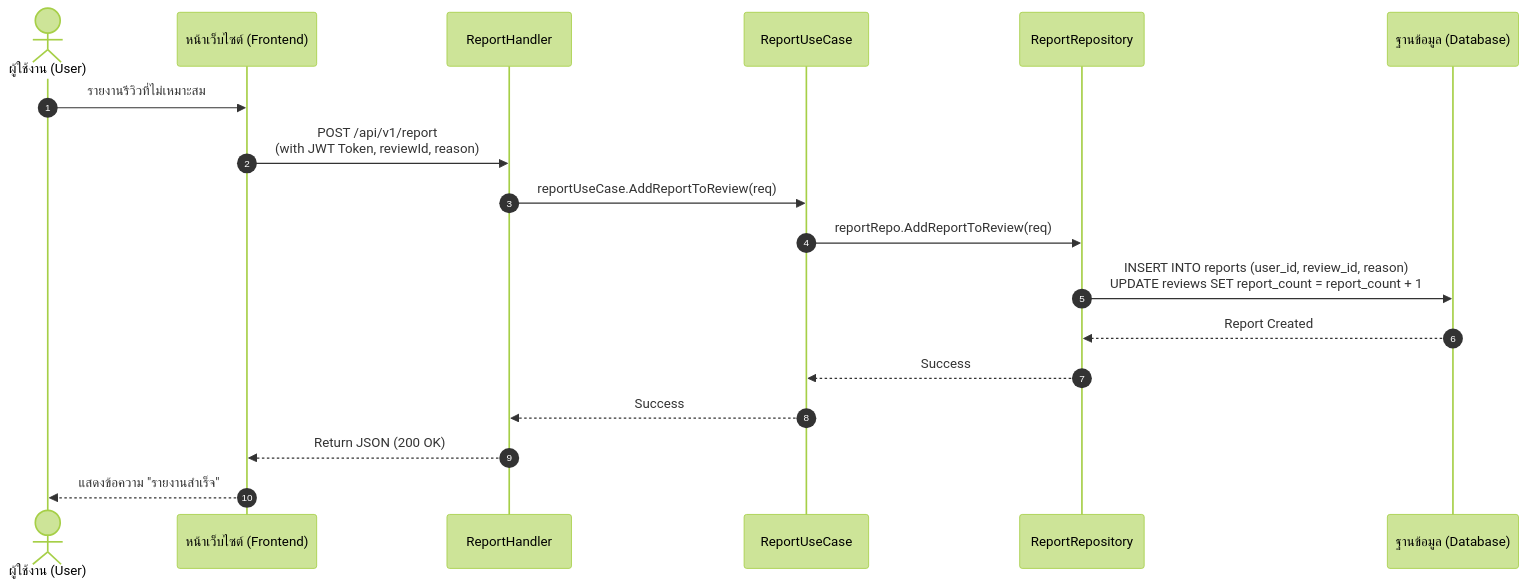
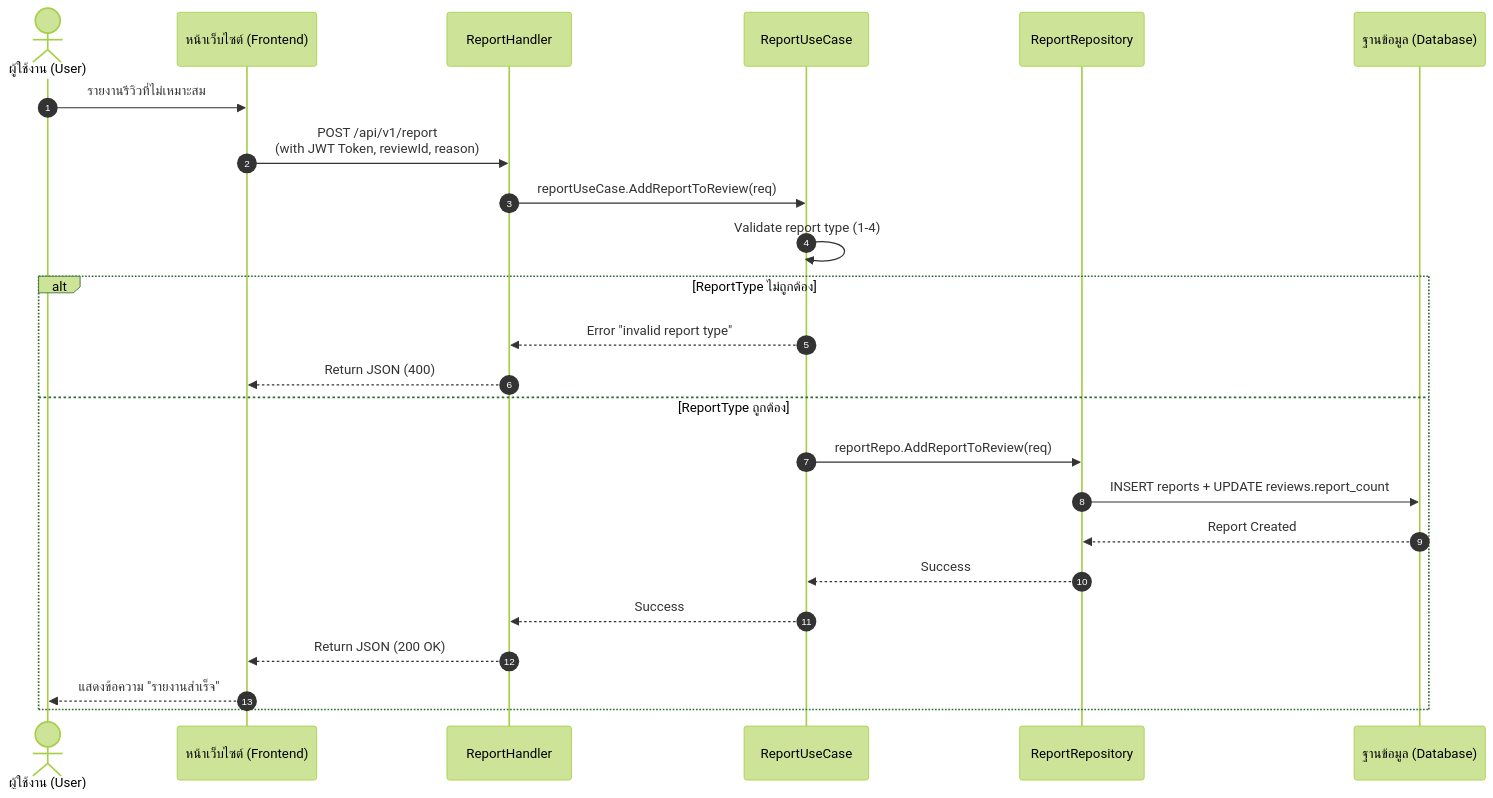
One commit to B1gdawg0/real_course_review_backend changed diagram 11 of 12 in diagrams/sq/sequence-diagram.md. Above: the diagram before and after it, drawn with Mermaid (forest theme). The commit also changed other lines of this file and 2 other files, not shown here.

Commit message:
update: enhance class and sequence diagrams with additional attributes and flow details

````diff
--- a/diagrams/sq/sequence-diagram.md
+++ b/diagrams/sq/sequence-diagram.md
@@ -328,21 +338,27 @@
 ```mermaid
 sequenceDiagram
 autonumber
 actor User as ผู้ใช้งาน (User)
 participant UI as หน้าเว็บไซต์ (Frontend)
 participant Handler as ReportHandler
 participant UseCase as ReportUseCase
 participant Repo as ReportRepository
 participant DB as ฐานข้อมูล (Database)
 
     User->>UI: รายงานรีวิวที่ไม่เหมาะสม
     UI->>Handler: POST /api/v1/report<br/>(with JWT Token, reviewId, reason)
     Handler->>UseCase: reportUseCase.AddReportToReview(req)
-    UseCase->>Repo: reportRepo.AddReportToReview(req)
-    Repo->>DB: INSERT INTO reports (user_id, review_id, reason)<br/>UPDATE reviews SET report_count = report_count + 1
-    DB-->>Repo: Report Created
-    Repo-->>UseCase: Success
-    UseCase-->>Handler: Success
-    Handler-->>UI: Return JSON (200 OK)
-    UI-->>User: แสดงข้อความ "รายงานสำเร็จ"
+    UseCase->>UseCase: Validate report type (1-4)
+    alt ReportType ไม่ถูกต้อง
+        UseCase-->>Handler: Error "invalid report type"
+        Handler-->>UI: Return JSON (400)
+    else ReportType ถูกต้อง
+        UseCase->>Repo: reportRepo.AddReportToReview(req)
+        Repo->>DB: INSERT reports + UPDATE reviews.report_count
+        DB-->>Repo: Report Created
+        Repo-->>UseCase: Success
+        UseCase-->>Handler: Success
+        Handler-->>UI: Return JSON (200 OK)
+        UI-->>User: แสดงข้อความ "รายงานสำเร็จ"
+    end
 ```
````
